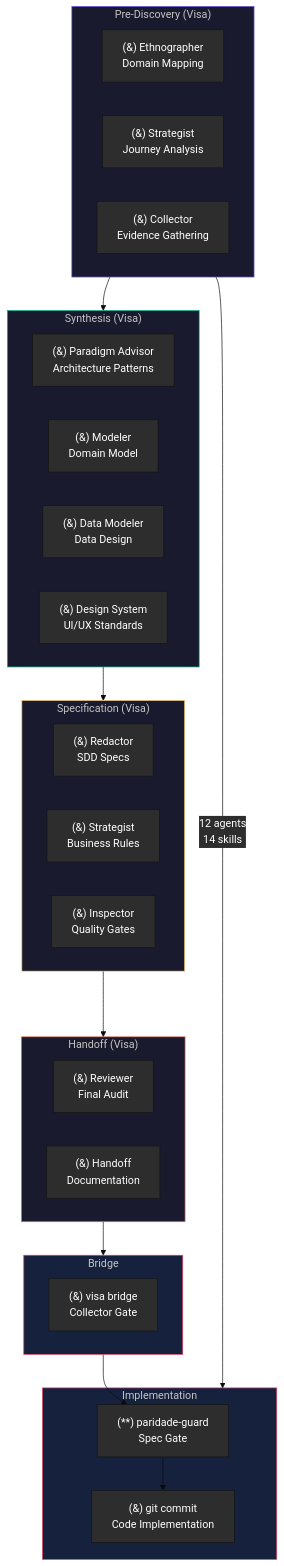
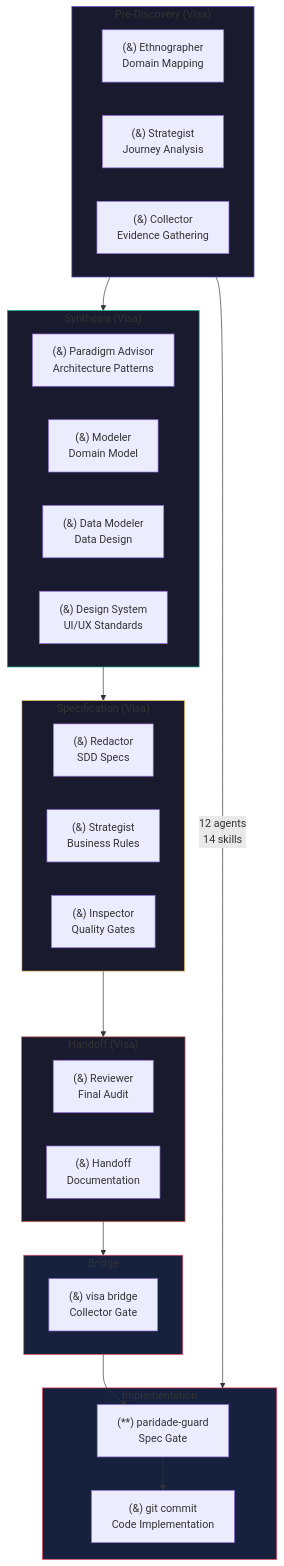
Before and after one commit to Adgmed2018/visa: the first of 3 diagrams in docs/pipeline.md, drawn with Mermaid. The commit also changed other lines of this file and 4 other files, not shown here.

Commit message:
Remove hardcoded mermaid themes to use default styling

````diff
--- a/docs/pipeline.md
+++ b/docs/pipeline.md
@@ -7,48 +7,47 @@
 ```mermaid
-%%{init: {'theme': 'base', 'themeVariables': { 'primaryColor': '#2d2d2d', 'primaryTextColor': '#fff'}}}%%
 flowchart TB
     subgraph PRE["Pre-Discovery (Visa)"]
         E1["(&) Ethnographer<br/>Domain Mapping"]
         E2["(&) Strategist<br/>Journey Analysis"]
         E3["(&) Collector<br/>Evidence Gathering"]
     end
 
     subgraph SYN["Synthesis (Visa)"]
         S1["(&) Paradigm Advisor<br/>Architecture Patterns"]
         S2["(&) Modeler<br/>Domain Model"]
         S3["(&) Data Modeler<br/>Data Design"]
         S4["(&) Design System<br/>UI/UX Standards"]
     end
 
     subgraph SPEC["Specification (Visa)"]
         SP1["(&) Redactor<br/>SDD Specs"]
         SP2["(&) Strategist<br/>Business Rules"]
         SP3["(&) Inspector<br/>Quality Gates"]
     end
 
     subgraph HANDOFF["Handoff (Visa)"]
         H1["(&) Reviewer<br/>Final Audit"]
         H2["(&) Handoff<br/>Documentation"]
     end
 
     subgraph BRIDGE["Bridge"]
         BR["(&) visa bridge<br/>Collector Gate"]
     end
 
     subgraph IMP["Implementation"]
         PG["(**) paridade-guard<br/>Spec Gate"]
         GC["(&) git commit<br/>Code Implementation"]
     end
 
     PRE --> SYN --> SPEC --> HANDOFF --> BRIDGE
     BRIDGE --> PG --> GC
 
     PRE --> |"12 agents<br/>14 skills"| IMP
 
     style PRE fill:#1a1a2e,stroke:#6c5ce7
     style SYN fill:#1a1a2e,stroke:#00b894
     style SPEC fill:#1a1a2e,stroke:#fdcb6e
     style HANDOFF fill:#1a1a2e,stroke:#e17055
     style BRIDGE fill:#16213e,stroke:#e94560
     style IMP fill:#16213e,stroke:#e94560
 ```
````
